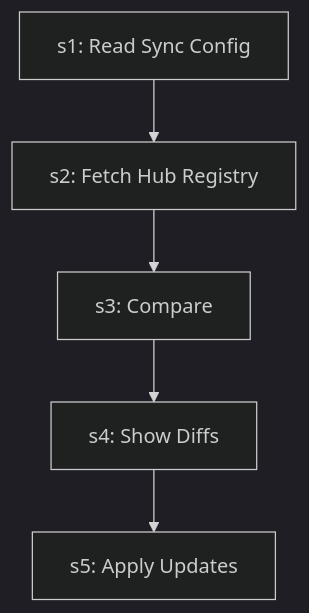
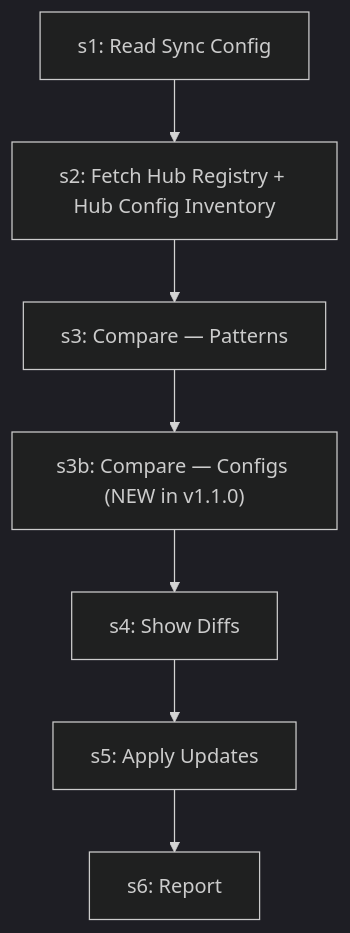
The sixth of 6 diagrams in docs/workflows/hub-sync.md (abhayla/claude-best-practices), drawn with Mermaid (dark theme) before and after one commit. The commit also changed other lines of this file and 12 other files, not shown here.

````diff
--- a/docs/workflows/hub-sync.md
+++ b/docs/workflows/hub-sync.md
@@ -278,12 +286,16 @@
 ```mermaid
 graph TD
     s1["s1: Read Sync Config"]
-    s2["s2: Fetch Hub Registry"]
+    s2["s2: Fetch Hub Registry + Hub Config Inventory"]
     s1 --> s2
-    s3["s3: Compare"]
+    s3["s3: Compare — Patterns"]
     s2 --> s3
+    s3b["s3b: Compare — Configs (NEW in v1.1.0)"]
+    s3 --> s3b
     s4["s4: Show Diffs"]
-    s3 --> s4
+    s3b --> s4
     s5["s5: Apply Updates"]
     s4 --> s5
+    s6["s6: Report"]
+    s5 --> s6
 ```
````
